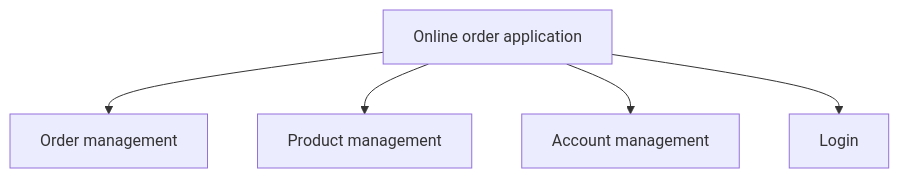
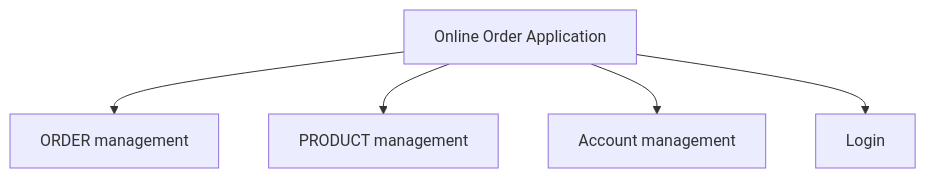
One commit to notnotnithin/System-Design-Notes changed the fifth of 13 diagrams in HLD/03_04_Microservices_Design_Patterns_Notes.md. Above: the diagram before and after it, drawn with Mermaid. The commit also changed other lines of this file and 80 other files, not shown here.

````diff
--- a/HLD/03_04_Microservices_Design_Patterns_Notes.md
+++ b/HLD/03_04_Microservices_Design_Patterns_Notes.md
@@ -139,7 +124,7 @@
 ```mermaid
 graph TD
-  APP["Online order application"] --> O["Order management"]
-  APP --> P["Product management"]
+  APP["Online Order Application"] --> O["ORDER management"]
+  APP --> P["PRODUCT management"]
   APP --> A["Account management"]
   APP --> L["Login"]
 ```
````
